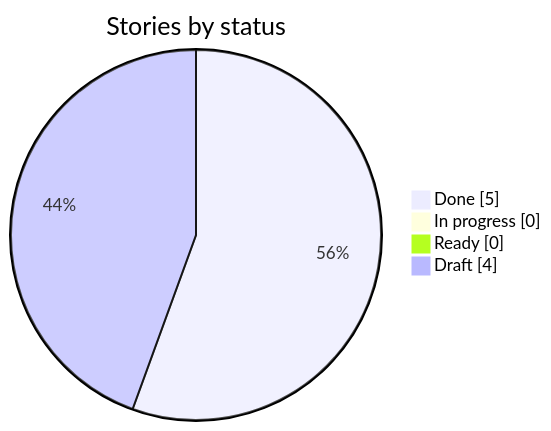
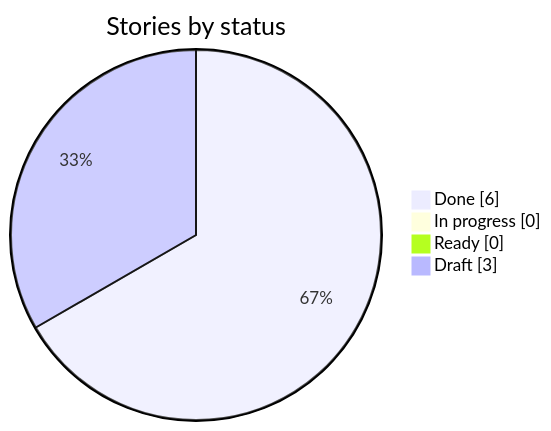
The first of 2 diagrams in docs/progress.md (HebaGaber/oracle-property-intelligence-platform-pipeline-travis-tx), drawn with Mermaid before and after one commit. The commit also changed other lines of this file and 1 other file, not shown here.

````diff
--- a/docs/progress.md
+++ b/docs/progress.md
@@ -9,7 +9,7 @@
 ```mermaid
 pie showData title Stories by status
-  "Done" : 5
+  "Done" : 6
   "In progress" : 0
   "Ready" : 0
-  "Draft" : 4
+  "Draft" : 3
 ```
````
